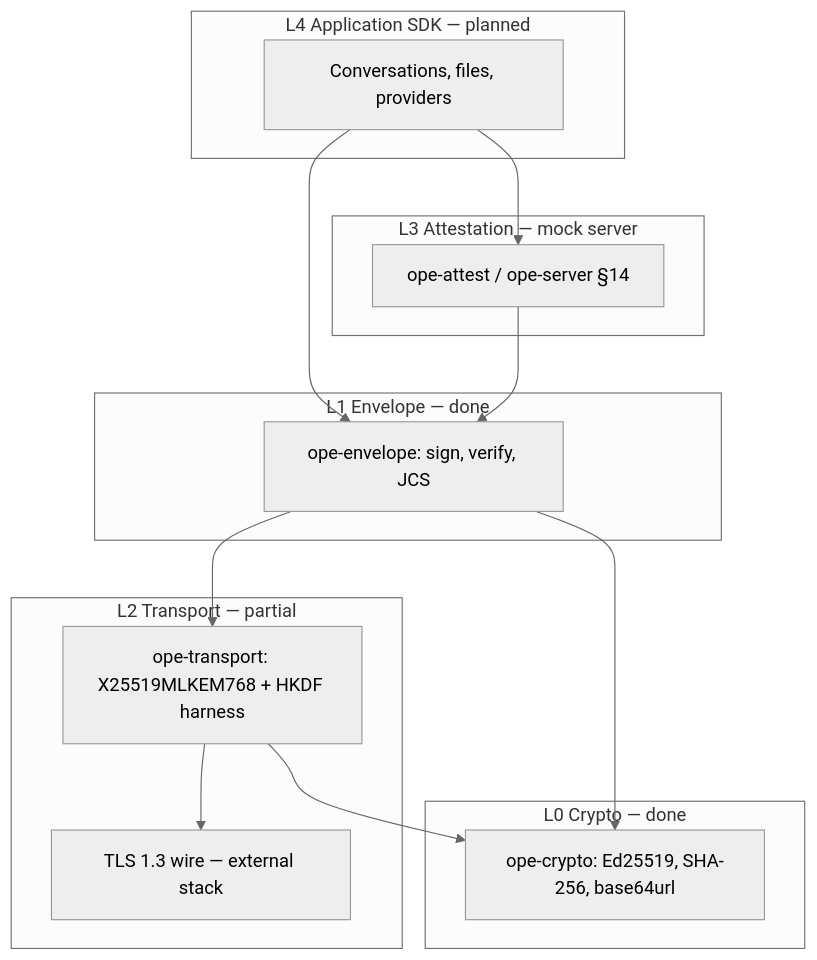
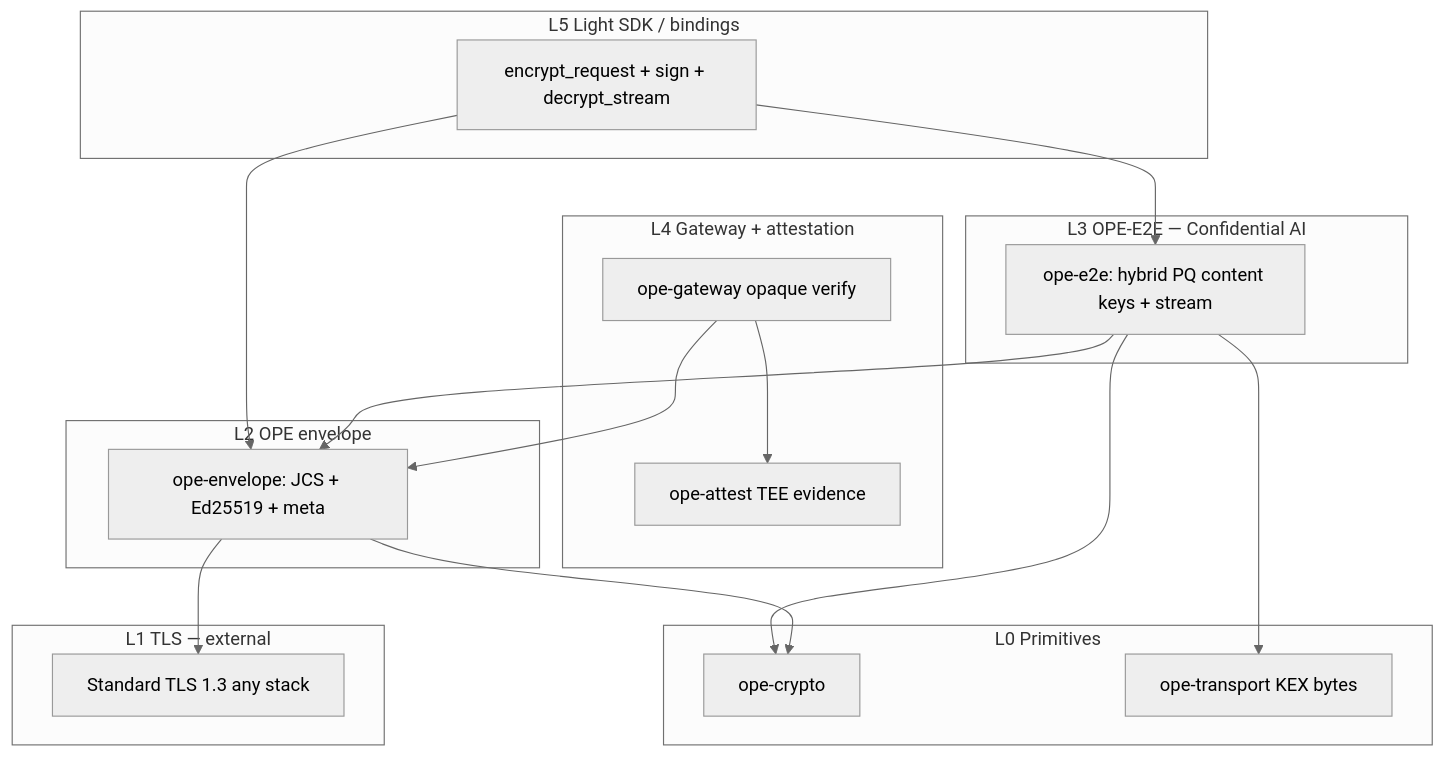
One commit to Lightec-AI/OPE changed the diagram in docs/ARCHITECTURE.md. Above: the diagram before and after it, drawn with Mermaid (neutral theme). The commit also changed other lines of this file and 37 other files, not shown here.

First line of the commit message:
Add Confidential AI E2E profile and ope-e2e reference crate.

````diff
--- a/docs/ARCHITECTURE.md
+++ b/docs/ARCHITECTURE.md
@@ -5,26 +23,32 @@
 ```mermaid
 flowchart TB
-  subgraph L4["L4 Application SDK — planned"]
-    App[Conversations, files, providers]
+  subgraph L5["L5 Light SDK / bindings"]
+    SDK[encrypt_request + sign + decrypt_stream]
   end
-  subgraph L3["L3 Attestation — mock server"]
-    Att[ope-attest / ope-server §14]
+  subgraph L4["L4 Gateway + attestation"]
+    GW[ope-gateway opaque verify]
+    ATT[ope-attest TEE evidence]
   end
-  subgraph L2["L2 Transport — partial"]
-    T[ope-transport: X25519MLKEM768 + HKDF harness]
-    TLS[TLS 1.3 wire — external stack]
+  subgraph L3["L3 OPE-E2E — Confidential AI"]
+    E2E[ope-e2e: hybrid PQ content keys + stream]
   end
-  subgraph L1["L1 Envelope — done"]
-    E[ope-envelope: sign, verify, JCS]
+  subgraph L2["L2 OPE envelope"]
+    ENV[ope-envelope: JCS + Ed25519 + meta]
   end
-  subgraph L0["L0 Crypto — done"]
-    C[ope-crypto: Ed25519, SHA-256, base64url]
+  subgraph L1["L1 TLS — external"]
+    TLS[Standard TLS 1.3 any stack]
   end
-  App --> Att
-  App --> E
-  Att --> E
-  E --> T
-  T --> TLS
-  T --> C
-  E --> C
+  subgraph L0["L0 Primitives"]
+    C[ope-crypto]
+    T[ope-transport KEX bytes]
+  end
+  SDK --> E2E
+  SDK --> ENV
+  GW --> ENV
+  GW --> ATT
+  E2E --> ENV
+  E2E --> T
+  E2E --> C
+  ENV --> C
+  ENV --> TLS
 ```
````
